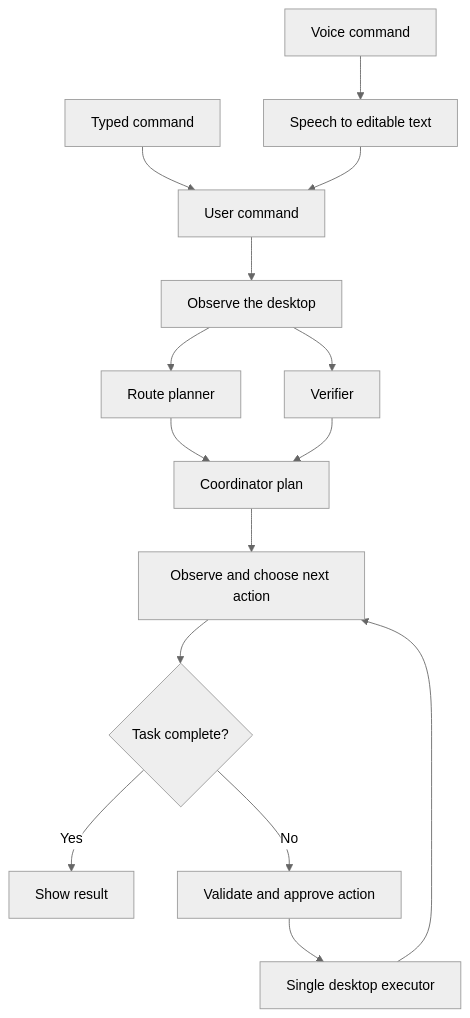
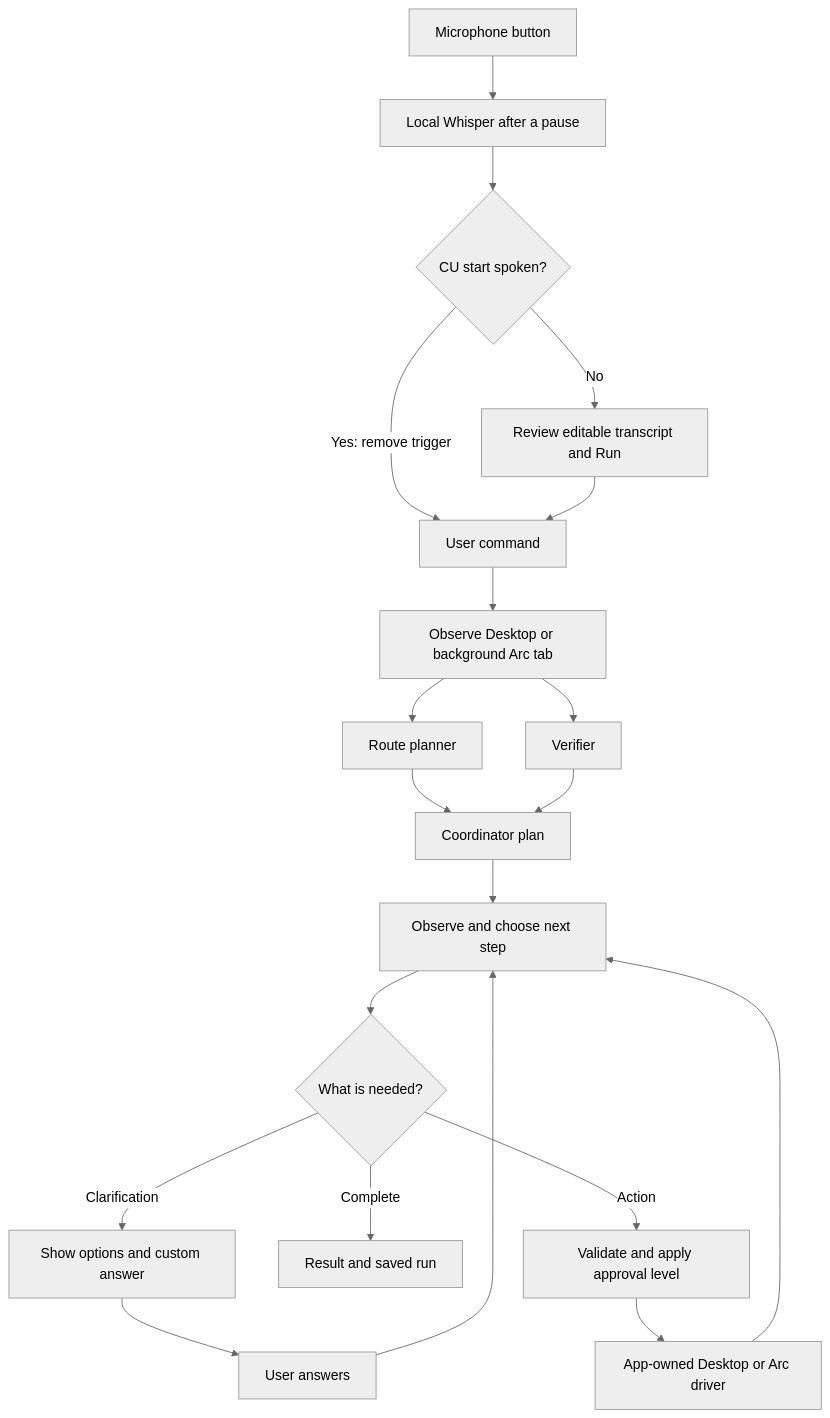
Before and after one commit to astro-msk/local_lite_cu: the diagram in README.md, drawn with Mermaid (neutral theme). The commit also changed other lines of this file and 26 other files, not shown here.

Commit message:
Add local Whisper, clarification choices, workflow timing, and Arc driver

````diff
--- a/README.md
+++ b/README.md
@@ -3,17 +3,22 @@
 ```mermaid
 flowchart TD
-    V[Voice command] --> S[Speech to editable text]
-    T[Typed command] --> C[User command]
-    S --> C
-    C --> O[Observe the desktop]
+    V[Microphone button] --> W[Local Whisper after a pause]
+    W --> S{CU start spoken?}
+    S -- Yes: remove trigger --> C[User command]
+    S -- No --> T[Review editable transcript and Run]
+    T --> C
+    C --> O[Observe Desktop or background Arc tab]
     O --> R[Route planner]
     O --> K[Verifier]
     R --> P[Coordinator plan]
     K --> P
-    P --> L[Observe and choose next action]
-    L --> D{Task complete?}
-    D -- Yes --> F[Show result]
-    D -- No --> A[Validate and approve action]
-    A --> E[Single desktop executor]
+    P --> L[Observe and choose next step]
+    L --> D{What is needed?}
+    D -- Clarification --> Q[Show options and custom answer]
+    Q --> U[User answers]
+    U --> L
+    D -- Complete --> F[Result and saved run]
+    D -- Action --> A[Validate and apply approval level]
+    A --> E[App-owned Desktop or Arc driver]
     E --> L
 ```
````
